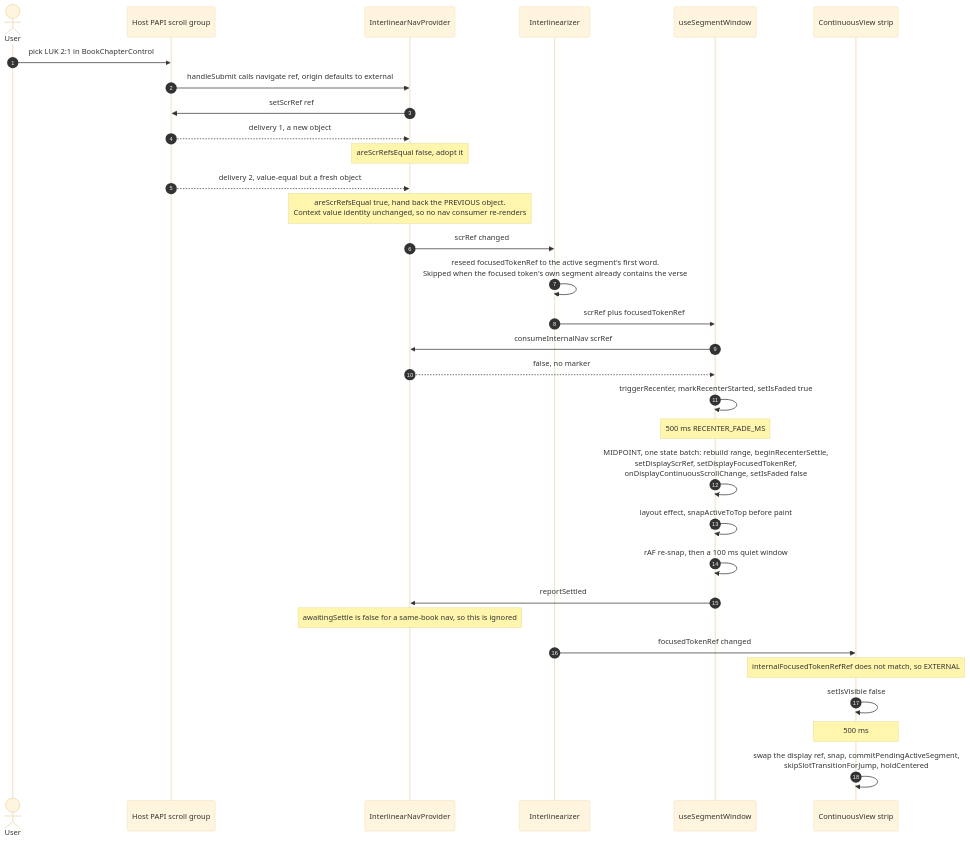
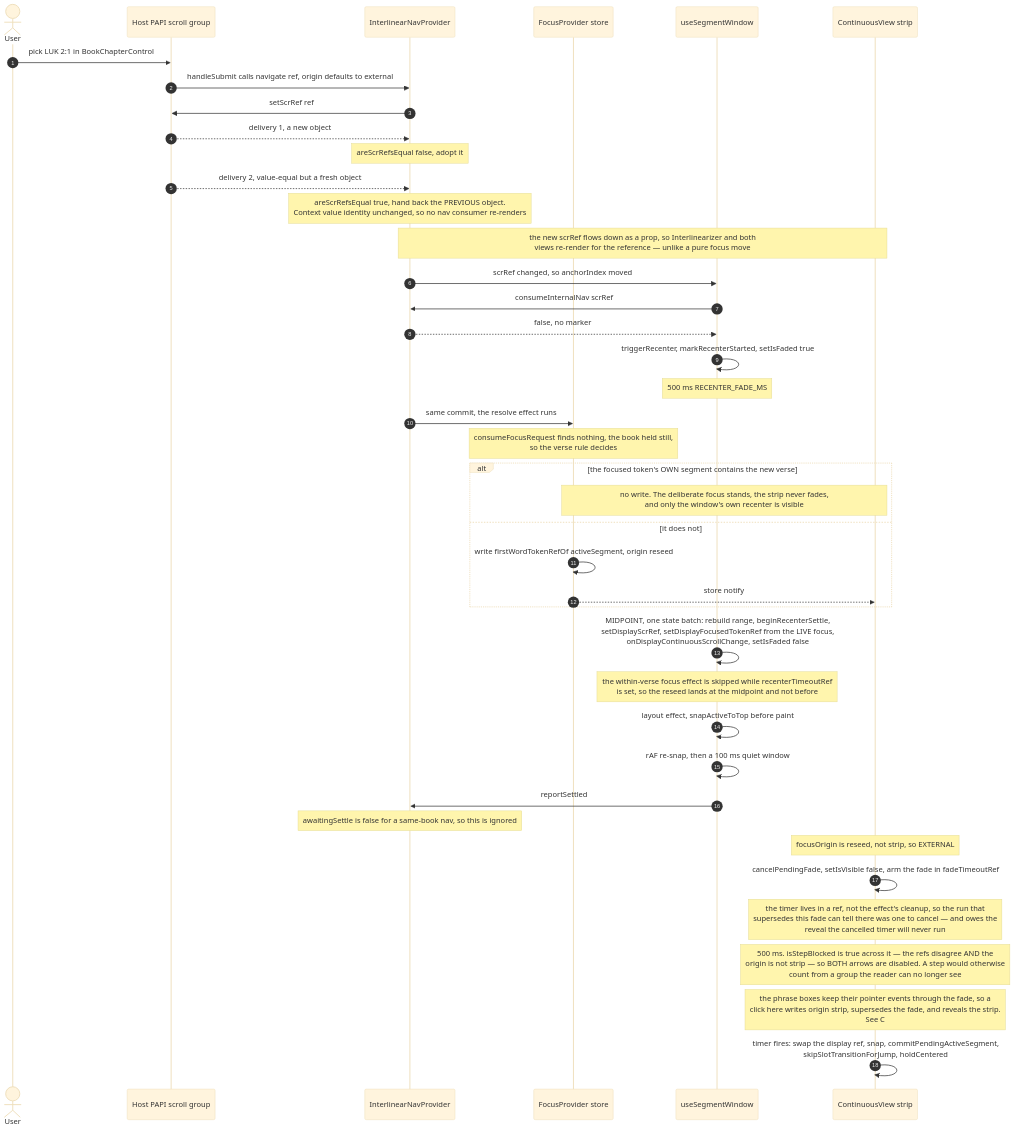
The first of 6 diagrams in docs/navigation/04-scenarios.md (sillsdev/interlinearizer-extension), drawn with Mermaid (base theme) before and after one commit. The commit also changed other lines of this file and 3 other files, not shown here.

````diff
--- a/docs/navigation/04-scenarios.md
+++ b/docs/navigation/04-scenarios.md
@@ -16,37 +25,49 @@
 ```mermaid
 sequenceDiagram
     autonumber
     actor U as User
     participant H as Host PAPI scroll group
     participant N as InterlinearNavProvider
-    participant I as Interlinearizer
+    participant F as FocusProvider store
     participant W as useSegmentWindow
     participant S as ContinuousView strip
 
     U->>H: pick LUK 2:1 in BookChapterControl
     H->>N: handleSubmit calls navigate ref, origin defaults to external
     N->>H: setScrRef ref
     H-->>N: delivery 1, a new object
     Note over N: areScrRefsEqual false, adopt it
     H-->>N: delivery 2, value-equal but a fresh object
     Note over N: areScrRefsEqual true, hand back the PREVIOUS object.<br/>Context value identity unchanged, so no nav consumer re-renders
 
-    N->>I: scrRef changed
-    I->>I: reseed focusedTokenRef to the active segment's first word.<br/>Skipped when the focused token's own segment already contains the verse
-    I->>W: scrRef plus focusedTokenRef
+    Note over N,S: the new scrRef flows down as a prop, so Interlinearizer and both<br/>views re-render for the reference — unlike a pure focus move
+    N->>W: scrRef changed, so anchorIndex moved
     W->>N: consumeInternalNav scrRef
     N-->>W: false, no marker
     W->>W: triggerRecenter, markRecenterStarted, setIsFaded true
     Note over W: 500 ms RECENTER_FADE_MS
-    W->>W: MIDPOINT, one state batch: rebuild range, beginRecenterSettle,<br/>setDisplayScrRef, setDisplayFocusedTokenRef,<br/>onDisplayContinuousScrollChange, setIsFaded false
+
+    N->>F: same commit, the resolve effect runs
+    Note over F: consumeFocusRequest finds nothing, the book held still,<br/>so the verse rule decides
+
+    alt the focused token's OWN segment contains the new verse
+        Note over F,S: no write. The deliberate focus stands, the strip never fades,<br/>and only the window's own recenter is visible
+    else it does not
+        F->>F: write firstWordTokenRefOf activeSegment, origin reseed
+        F-->>S: store notify
+    end
+
+    W->>W: MIDPOINT, one state batch: rebuild range, beginRecenterSettle,<br/>setDisplayScrRef, setDisplayFocusedTokenRef from the LIVE focus,<br/>onDisplayContinuousScrollChange, setIsFaded false
+    Note over W: the within-verse focus effect is skipped while recenterTimeoutRef<br/>is set, so the reseed lands at the midpoint and not before
     W->>W: layout effect, snapActiveToTop before paint
     W->>W: rAF re-snap, then a 100 ms quiet window
     W->>N: reportSettled
     Note over N: awaitingSettle is false for a same-book nav, so this is ignored
 
-    I->>S: focusedTokenRef changed
-    Note over S: internalFocusedTokenRefRef does not match, so EXTERNAL
-    S->>S: setIsVisible false
-    Note over S: 500 ms
-    S->>S: swap the display ref, snap, commitPendingActiveSegment,<br/>skipSlotTransitionForJump, holdCentered
+    Note over S: focusOrigin is reseed, not strip, so EXTERNAL
+    S->>S: cancelPendingFade, setIsVisible false, arm the fade in fadeTimeoutRef
+    Note over S: the timer lives in a ref, not the effect's cleanup, so the run that<br/>supersedes this fade can tell there was one to cancel — and owes the<br/>reveal the cancelled timer will never run
+    Note over S: 500 ms. isStepBlocked is true across it — the refs disagree AND the<br/>origin is not strip — so BOTH arrows are disabled. A step would otherwise<br/>count from a group the reader can no longer see
+    Note over S: the phrase boxes keep their pointer events through the fade, so a<br/>click here writes origin strip, supersedes the fade, and reveals the strip.<br/>See C
+    S->>S: timer fires: swap the display ref, snap, commitPendingActiveSegment,<br/>skipSlotTransitionForJump, holdCentered
 ```
````
